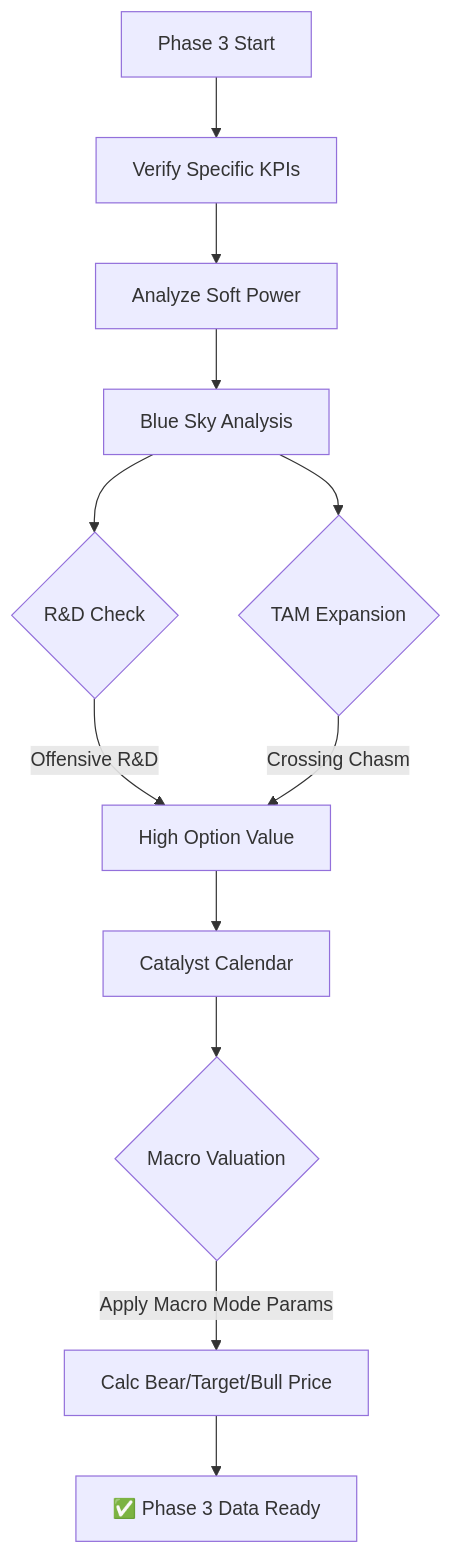
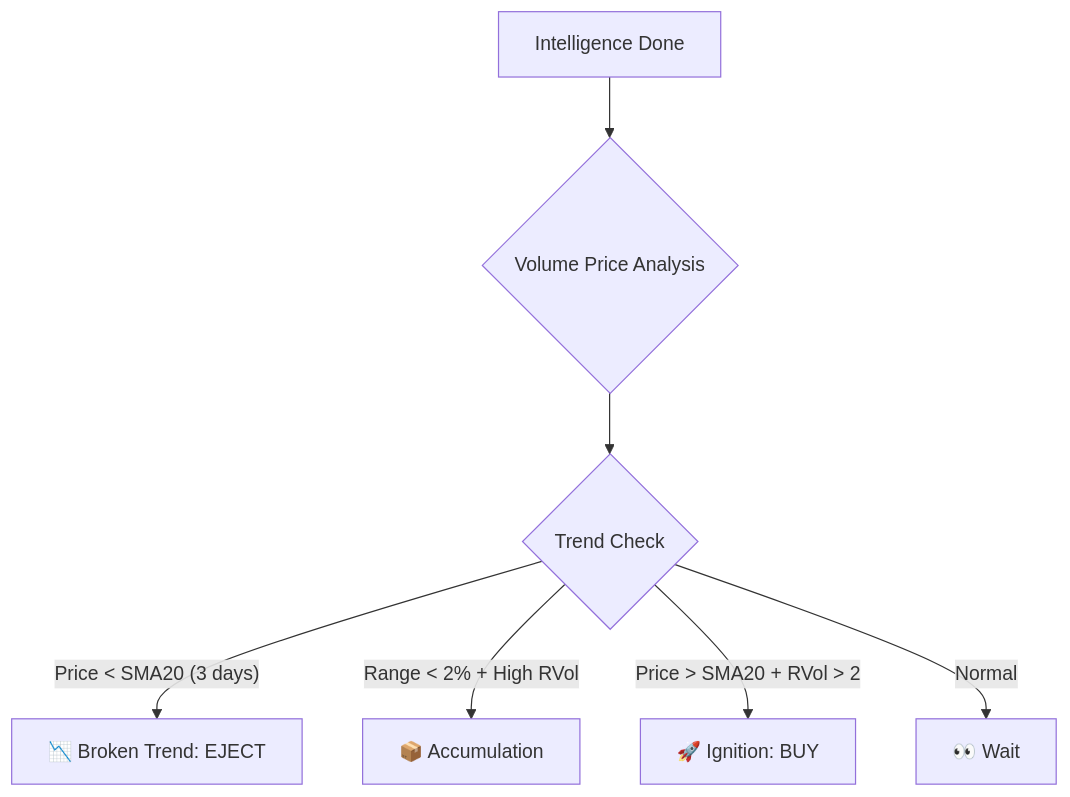
Before and after one commit to WayneJinOSU/growth_ai: the fifth of 5 diagrams in README.md, drawn with Mermaid. The commit also changed other lines of this file and 9 other files, not shown here.

````diff
--- a/README.md
+++ b/README.md
@@ -159,19 +128,10 @@
 ```mermaid
 graph TD
-    Start[Phase 3 Start] --> VerifyKPI[Verify Specific KPIs]
-    VerifyKPI --> SoftPower[Analyze Soft Power]
+    Input[Intelligence Done] --> VPA{Volume Price Analysis}
+    VPA --> Trend{Trend Check}
     
-    SoftPower --> BlueSky[Blue Sky Analysis]
-    BlueSky --> RND{R&D Check}
-    BlueSky --> TAM{TAM Expansion}
-    
-    RND -- "Offensive R&D" --> HighOption[High Option Value]
-    TAM -- "Crossing Chasm" --> HighOption
-    
-    HighOption --> Catalyst[Catalyst Calendar]
-    
-    Catalyst --> Valuation{Macro Valuation}
-    Valuation -- "Apply Macro Mode Params" --> CalcTargets[Calc Bear/Target/Bull Price]
-    
-    CalcTargets --> Output[✅ Phase 3 Data Ready]
+    Trend -- "Price < SMA20 (3 days)" --> Broken[📉 Broken Trend: EJECT]
+    Trend -- "Range < 2% + High RVol" --> Accum[📦 Accumulation]
+    Trend -- "Price > SMA20 + RVol > 2" --> Ignite[🚀 Ignition: BUY]
+    Trend -- "Normal" --> Wait[👀 Wait]
 ```
````
